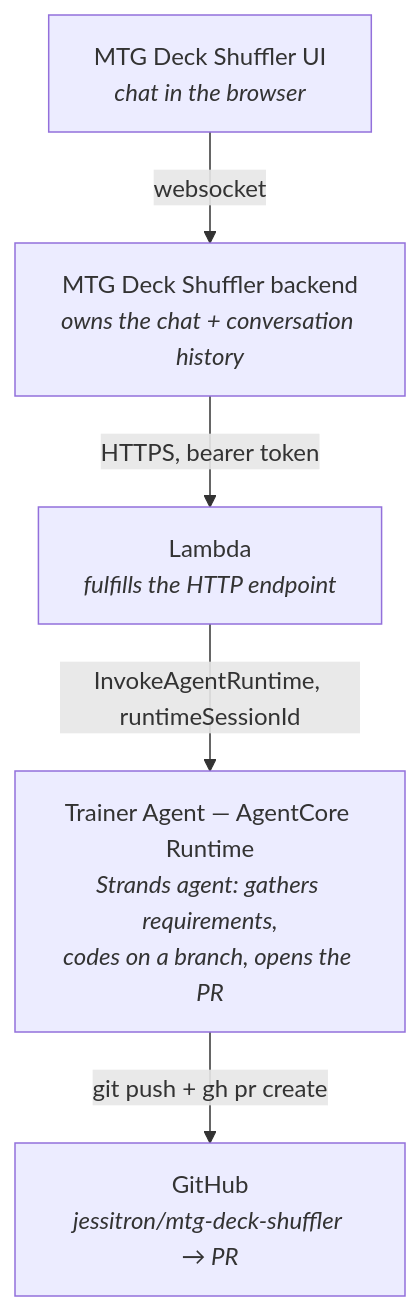
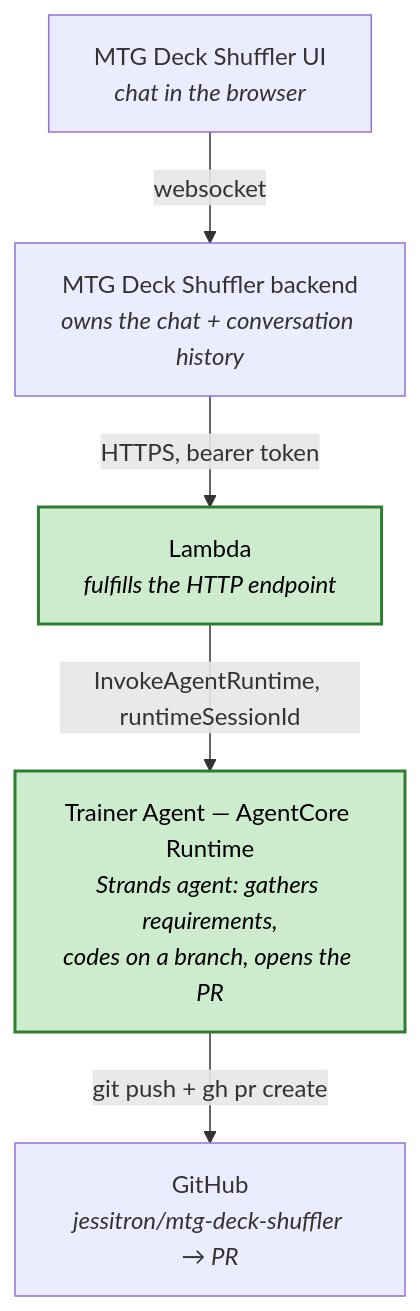
Before and after one commit to jessitron/small-coding-agent: the diagram in README.md, drawn with Mermaid. The commit also changed other lines of this file, not shown here.

Commit message:
Color Lambda + Trainer Agent nodes to mark what lives in this repo - claude

````diff
--- a/README.md
+++ b/README.md
@@ -12,13 +12,16 @@
 ```mermaid
 flowchart TD
     UI["MTG Deck Shuffler UI<br/><i>chat in the browser</i>"]
     Backend["MTG Deck Shuffler backend<br/><i>owns the chat + conversation history</i>"]
     Lambda["Lambda<br/><i>fulfills the HTTP endpoint</i>"]
     Agent["Trainer Agent — AgentCore Runtime<br/><i>Strands agent: gathers requirements,<br/>codes on a branch, opens the PR</i>"]
     GitHub["GitHub<br/><i>jessitron/mtg-deck-shuffler → PR</i>"]
 
     UI -->|websocket| Backend
     Backend -->|HTTPS, bearer token| Lambda
     Lambda -->|InvokeAgentRuntime, runtimeSessionId| Agent
     Agent -->|git push + gh pr create| GitHub
+
+    classDef inRepo fill:#cdeccd,stroke:#2e7d32,stroke-width:2px,color:#000;
+    class Lambda,Agent inRepo;
 ```
````
